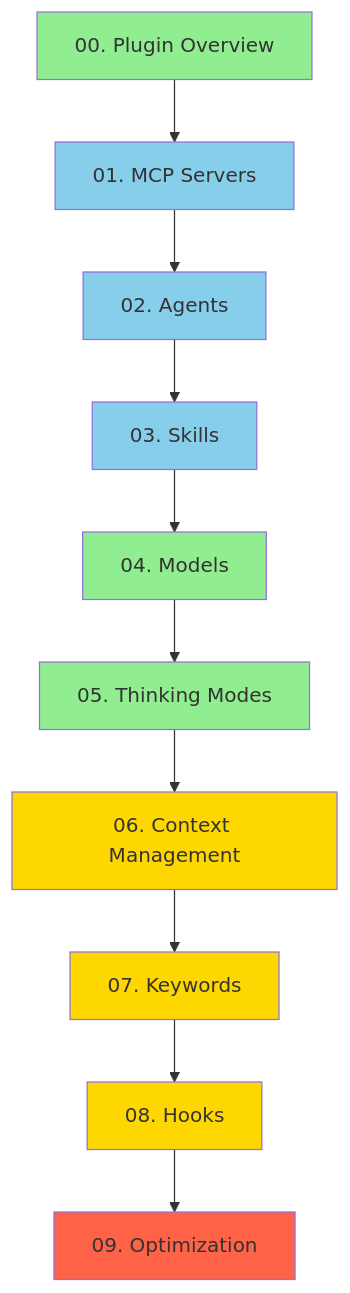
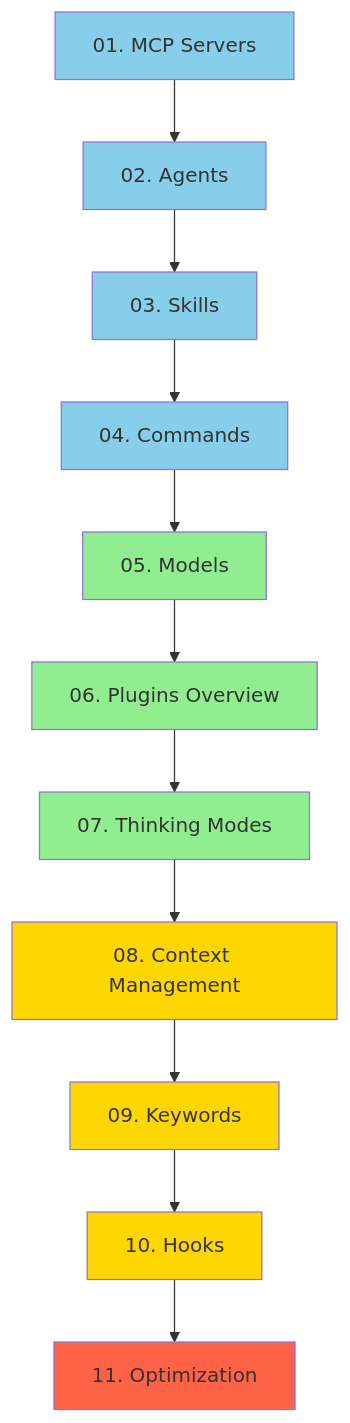
Before and after one commit to sxntixgo/claudecode-documentation: the first of 2 diagrams in TABLE_OF_CONTENTS.md, drawn with Mermaid. The commit also changed other lines of this file and 13 other files, not shown here.

````diff
--- a/TABLE_OF_CONTENTS.md
+++ b/TABLE_OF_CONTENTS.md
@@ -18,28 +18,30 @@
 ```mermaid
 graph TD
-    Z[00. Plugin Overview] --> A[01. MCP Servers]
-    A --> B[02. Agents]
+    A[01. MCP Servers] --> B[02. Agents]
     B --> C[03. Skills]
-    C --> D[04. Models]
-    D --> E[05. Thinking Modes]
-    E --> F[06. Context Management]
-    F --> G[07. Keywords]
-    G --> H[08. Hooks]
-    H --> I[09. Optimization]
+    C --> CMD[04. Commands]
+    CMD --> D[05. Models]
+    D --> P[06. Plugins Overview]
+    P --> E[07. Thinking Modes]
+    E --> F[08. Context Management]
+    F --> G[09. Keywords]
+    G --> H[10. Hooks]
+    H --> I[11. Optimization]
 
-    style Z fill:#90EE90
     style A fill:#87CEEB
     style B fill:#87CEEB
     style C fill:#87CEEB
+    style CMD fill:#87CEEB
     style D fill:#90EE90
+    style P fill:#90EE90
     style E fill:#90EE90
     style F fill:#FFD700
     style G fill:#FFD700
     style H fill:#FFD700
     style I fill:#FF6347
 
     classDef beginner fill:#87CEEB
     classDef intermediate fill:#90EE90
     classDef advanced fill:#FFD700
     classDef mastery fill:#FF6347
 ```
````
